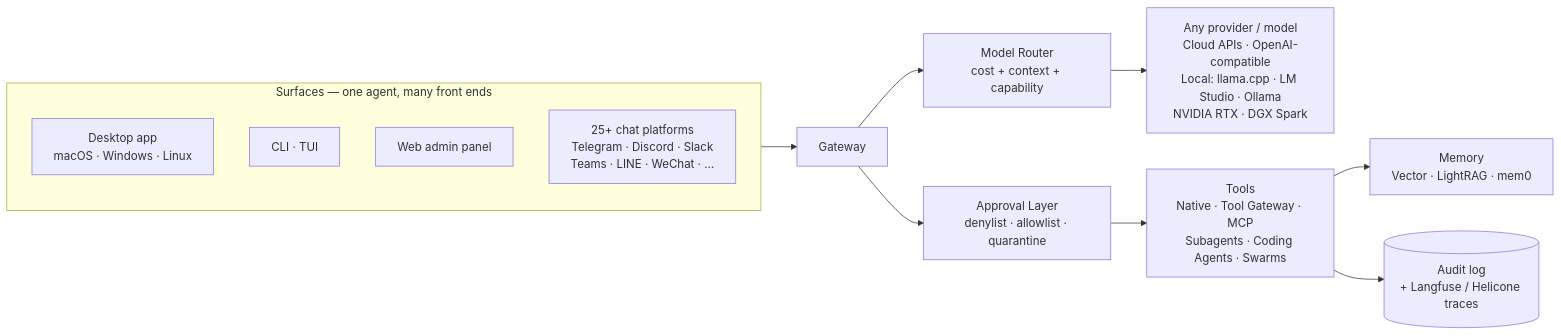
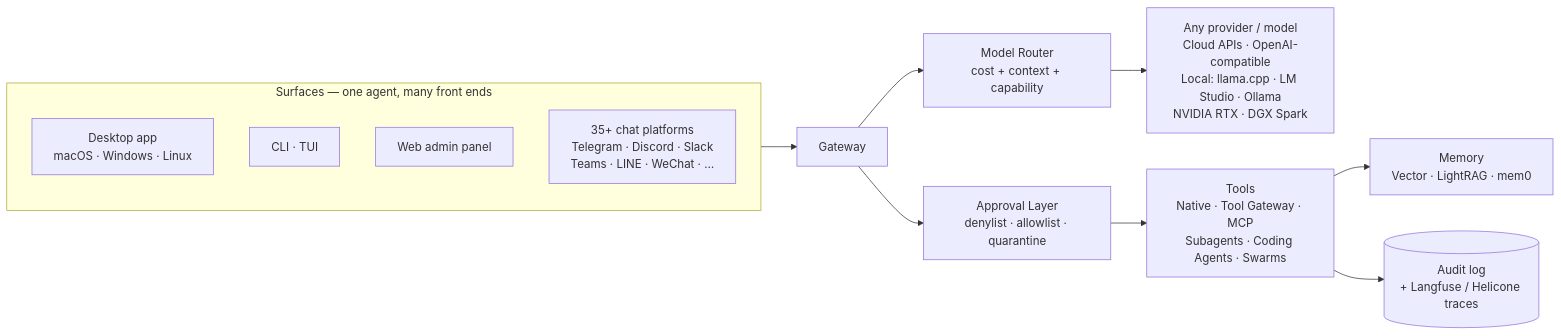
Before and after one commit to OnlyTerp/hermes-optimization-guide: the diagram in README.md, drawn with Mermaid. The commit also changed other lines of this file and 67 other files, not shown here.

````diff
--- a/README.md
+++ b/README.md
@@ -95,17 +95,17 @@
 ```mermaid
 flowchart LR
   subgraph Surfaces[Surfaces — one agent, many front ends]
     direction TB
     Desktop[Desktop app<br/>macOS · Windows · Linux]
     Term[CLI · TUI]
     Web[Web admin panel]
-    Chat[25+ chat platforms<br/>Telegram · Discord · Slack<br/>Teams · LINE · WeChat · …]
+    Chat[35+ chat platforms<br/>Telegram · Discord · Slack<br/>Teams · LINE · WeChat · …]
   end
   Surfaces --> Gateway
   Gateway --> Router[Model Router<br/>cost + context + capability]
   Router --> Providers[Any provider / model<br/>Cloud APIs · OpenAI-compatible<br/>Local: llama.cpp · LM Studio · Ollama<br/>NVIDIA RTX · DGX Spark]
   Gateway --> Approval[Approval Layer<br/>denylist · allowlist · quarantine]
   Approval --> Tools[Tools<br/>Native · Tool Gateway · MCP<br/>Subagents · Coding Agents · Swarms]
   Tools --> Memory[Memory<br/>Vector · LightRAG · mem0]
   Tools --> Logs[(Audit log<br/>+ Langfuse / Helicone traces)]
 ```
````
